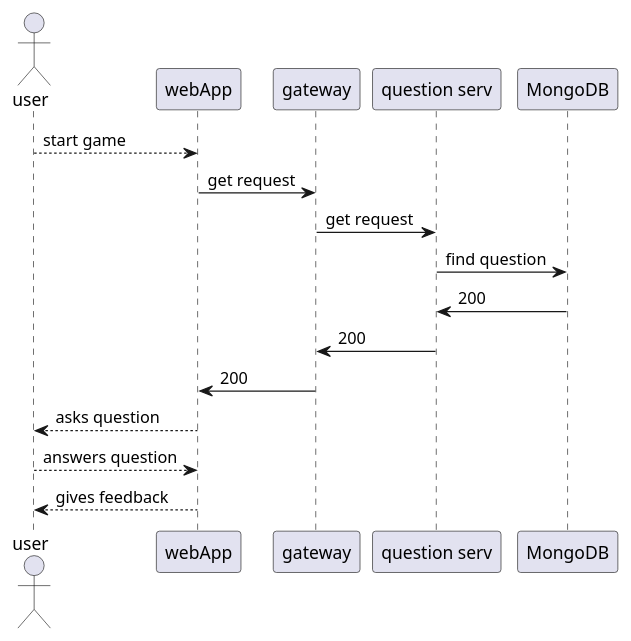
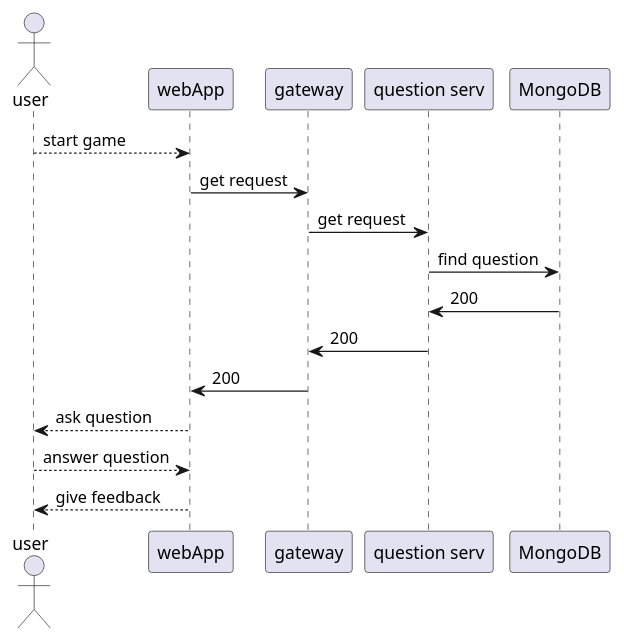
The third of 4 diagrams in docs/src/06_runtime_view.adoc (angelalvaigle/wiq_uo17919), drawn with PlantUML before and after one commit. The commit also changed other lines of this file and 4 other files, not shown here.

```diff
--- a/docs/src/06_runtime_view.adoc
+++ b/docs/src/06_runtime_view.adoc
@@ -54,19 +54,19 @@
 [plantuml, "play", svg]
 ----
 actor user
 participant webapp as "webApp"
 participant gw as "gateway"
 participant qserv as "question serv"
 participant mongo as "MongoDB"
 
 user --> webapp: start game
 webapp -> gw: get request
 gw -> qserv: get request
 qserv -> mongo: find question
 mongo -> qserv: 200
 qserv -> gw: 200
 gw -> webapp: 200
-webapp --> user: asks question
-user --> webapp: answers question
-webapp --> user: gives feedback
+webapp --> user: ask question
+user --> webapp: answer question
+webapp --> user: give feedback
 ----
```
